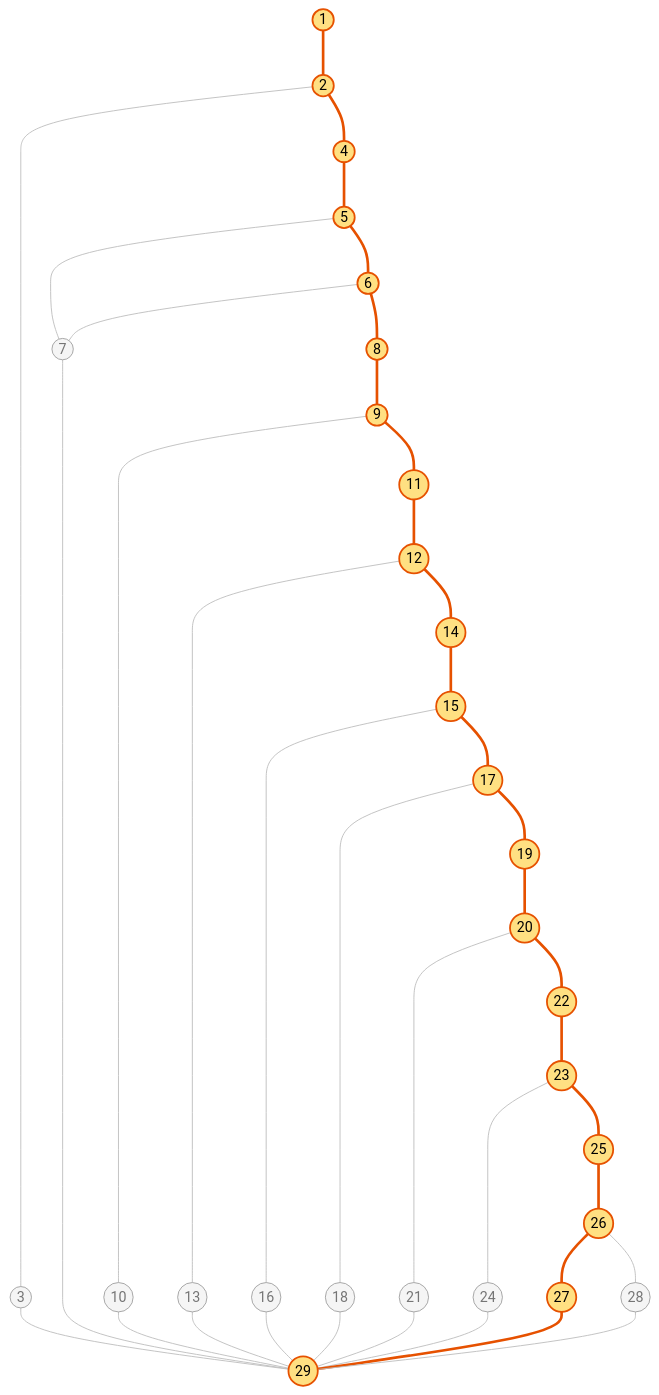
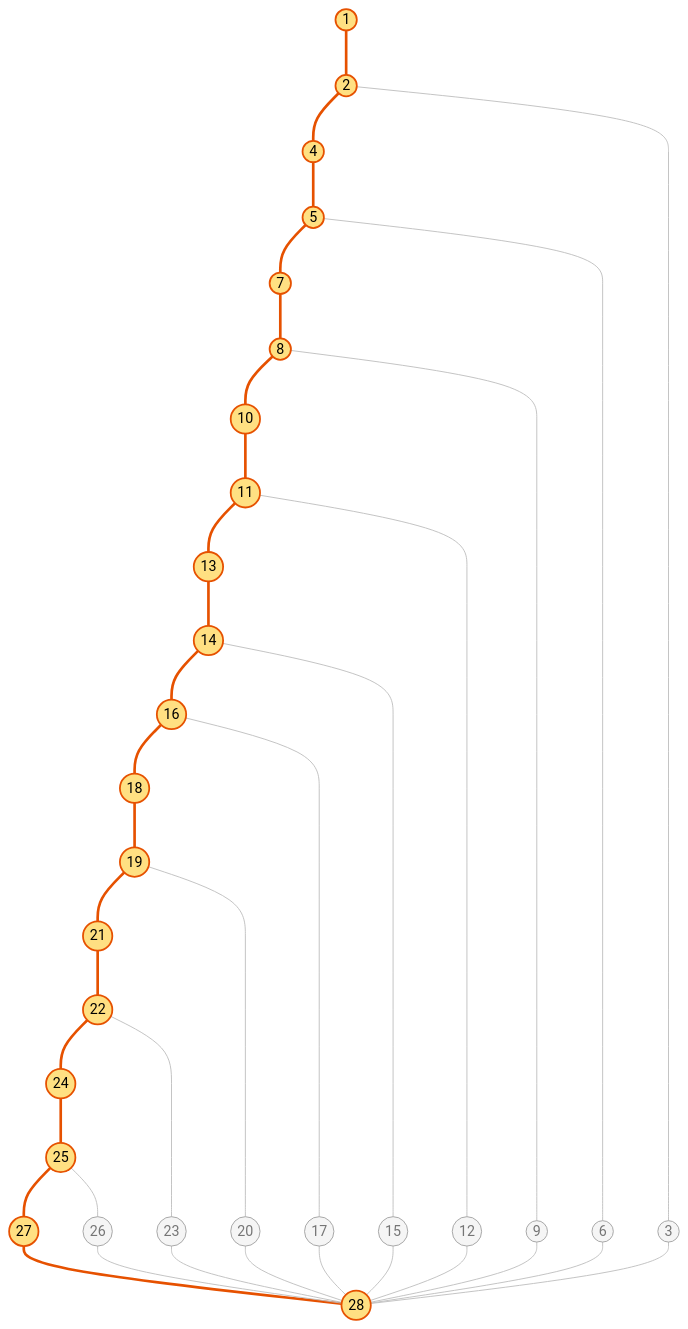
Diagram 11 of 11 in tests/docs/caja_blanca_01_enviar_flag.md (bloedige/itdb_ctf), drawn with Mermaid before and after one commit. The commit also changed other lines of this file and 47 other files, not shown here.

````diff
--- a/tests/docs/caja_blanca_01_enviar_flag.md
+++ b/tests/docs/caja_blanca_01_enviar_flag.md
@@ -605,46 +610,44 @@
 ```mermaid
 graph TD
     n1((1)) --- n2((2))
-    n2 --- n3((3))
-    n3 --- n29((29))
     n2 --- n4((4))
     n4 --- n5((5))
     n5 --- n7((7))
-    n7 --- n29
+    n7 --- n8((8))
+    n8 --- n10((10))
+    n10 --- n11((11))
+    n11 --- n13((13))
+    n13 --- n14((14))
+    n14 --- n16((16))
+    n16 --- n18((18))
+    n18 --- n19((19))
+    n19 --- n21((21))
+    n21 --- n22((22))
+    n22 --- n24((24))
+    n24 --- n25((25))
+    n25 --- n27((27))
+    n27 --- n28((28))
+    n25 --- n26((26))
+    n26 --- n28
+    n22 --- n23((23))
+    n23 --- n28
+    n19 --- n20((20))
+    n20 --- n28
+    n16 --- n17((17))
+    n17 --- n28
+    n14 --- n15((15))
+    n15 --- n28
+    n11 --- n12((12))
+    n12 --- n28
+    n8 --- n9((9))
+    n9 --- n28
     n5 --- n6((6))
-    n6 --- n7
-    n6 --- n8((8))
-    n8 --- n9((9))
-    n9 --- n10((10))
-    n10 --- n29
-    n9 --- n11((11))
-    n11 --- n12((12))
-    n12 --- n13((13))
-    n13 --- n29
-    n12 --- n14((14))
-    n14 --- n15((15))
-    n15 --- n16((16))
-    n16 --- n29
-    n15 --- n17((17))
-    n17 --- n18((18))
-    n18 --- n29
-    n17 --- n19((19))
-    n19 --- n20((20))
-    n20 --- n21((21))
-    n21 --- n29
-    n20 --- n22((22))
-    n22 --- n23((23))
-    n23 --- n24((24))
-    n24 --- n29
-    n23 --- n25((25))
-    n25 --- n26((26))
-    n26 --- n27((27))
-    n27 --- n29
-    n26 --- n28((28))
-    n28 --- n29
+    n6 --- n28
+    n2 --- n3((3))
+    n3 --- n28
     classDef default fill:#f5f5f5,stroke:#9e9e9e,color:#757575
     classDef camino fill:#ffe082,stroke:#e65100,stroke-width:2px,color:#000
-    class n1,n2,n4,n5,n6,n8,n9,n11,n12,n14,n15,n17,n19,n20,n22,n23,n25,n26,n27,n29 camino
+    class n1,n2,n4,n5,n7,n8,n10,n11,n13,n14,n16,n18,n19,n21,n22,n24,n25,n27,n28 camino
     linkStyle default stroke:#bdbdbd,stroke-width:1px
-    linkStyle 0,3,4,7,9,10,13,14,17,18,21,24,25,28,29,32,33,34,35 stroke:#e65100,stroke-width:3px
+    linkStyle 0,1,2,3,4,5,6,7,8,9,10,11,12,13,14,15,16,17 stroke:#e65100,stroke-width:3px
 ```
````
